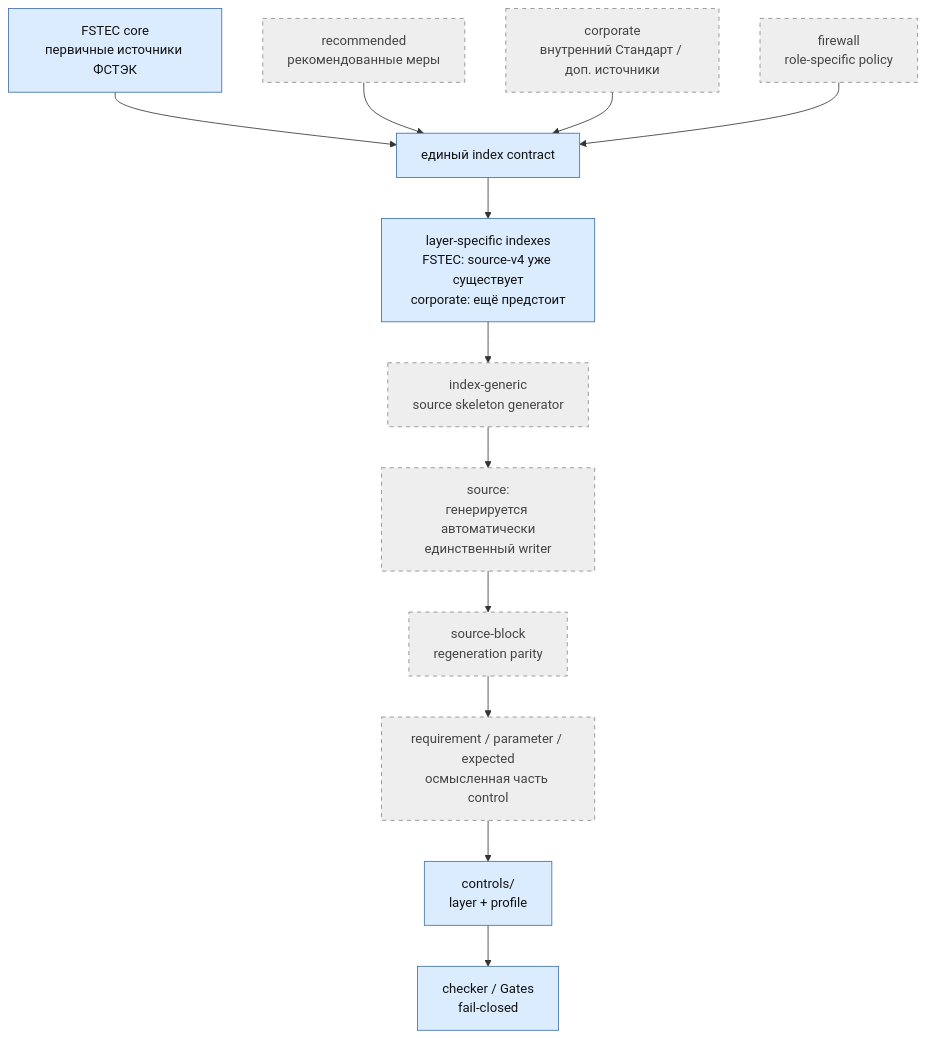
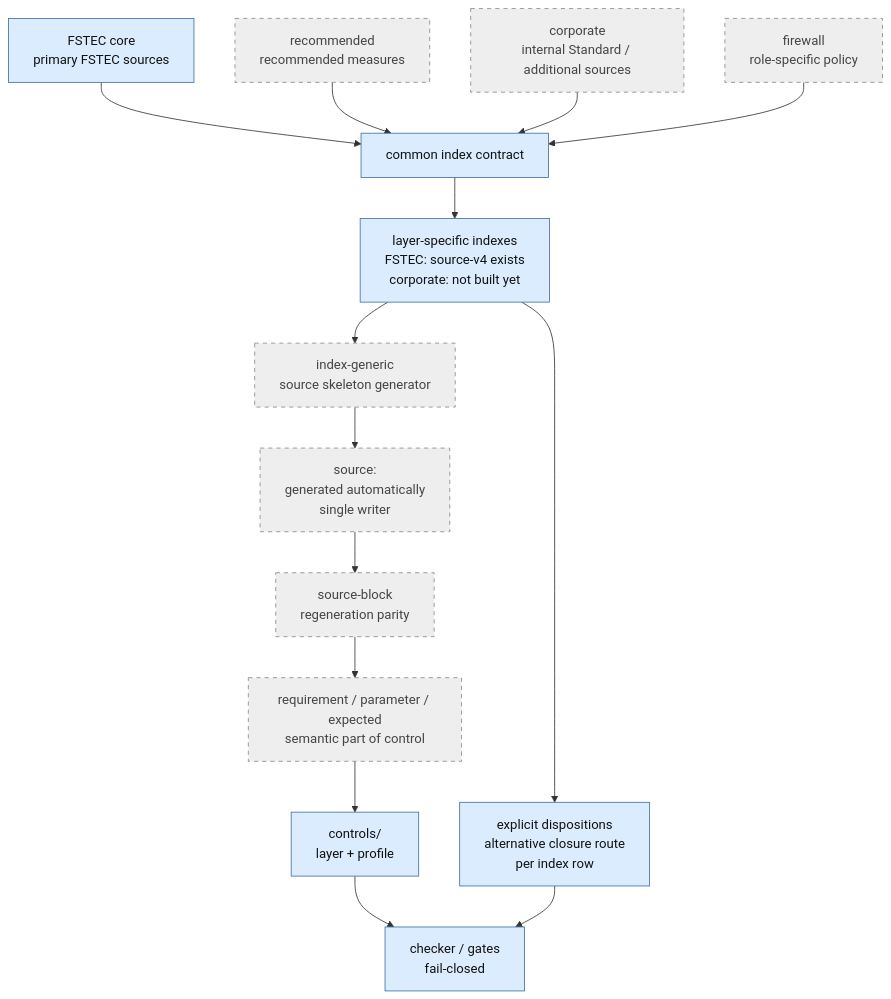
One commit to rasav65/SecureLinux-Policy changed the second of 5 diagrams in docs/PROJECT-MAP-v3.md. Above: the diagram before and after it, drawn with Mermaid. The commit also changed other lines of this file and 16 other files, not shown here.

````diff
--- a/docs/PROJECT-MAP-v3.md
+++ b/docs/PROJECT-MAP-v3.md
@@ -104,23 +152,27 @@
 ```mermaid
 flowchart TB
-    FSTEC["FSTEC core<br/>первичные источники ФСТЭК"]:::component
-    RECOMMENDED["recommended<br/>рекомендованные меры"]:::future
-    CORPORATE["corporate<br/>внутренний Стандарт / доп. источники"]:::future
+    FSTEC["FSTEC core<br/>primary FSTEC sources"]:::component
+    RECOMMENDED["recommended<br/>recommended measures"]:::future
+    CORPORATE["corporate<br/>internal Standard / additional sources"]:::future
     FIREWALL["firewall<br/>role-specific policy"]:::future
 
-    FSTEC --> CONTRACT["единый index contract"]:::component
+    FSTEC --> CONTRACT["common index contract"]:::component
     RECOMMENDED --> CONTRACT
     CORPORATE --> CONTRACT
     FIREWALL --> CONTRACT
 
-    CONTRACT --> INDEXES["layer-specific indexes<br/>FSTEC: source-v4 уже существует<br/>corporate: ещё предстоит"]:::component
+    CONTRACT --> INDEXES["layer-specific indexes<br/>FSTEC: source-v4 exists<br/>corporate: not built yet"]:::component
     INDEXES --> GENERATOR["index-generic<br/>source skeleton generator"]:::future
-    GENERATOR --> SOURCE["source:<br/>генерируется автоматически<br/>единственный writer"]:::future
+    GENERATOR --> SOURCE["source:<br/>generated automatically<br/>single writer"]:::future
     SOURCE --> PARITY["source-block<br/>regeneration parity"]:::future
-    PARITY --> SEM["requirement / parameter / expected<br/>осмысленная часть control"]:::future
+    PARITY --> SEM["requirement / parameter / expected<br/>semantic part of control"]:::future
     SEM --> CONTROLS["controls/<br/>layer + profile"]:::component
-    CONTROLS --> CHECKER["checker / Gates<br/>fail-closed"]:::component
+    CONTROLS --> CHECKER["checker / gates<br/>fail-closed"]:::component
+
+    DISP2["explicit dispositions<br/>alternative closure route<br/>per index row"]:::component
+    INDEXES --> DISP2
+    DISP2 --> CHECKER
 
     classDef component fill:#dcecff,stroke:#3e6ea8,color:#111;
     classDef future fill:#eeeeee,stroke:#888,color:#444,stroke-dasharray: 5 5;
 ```
````
